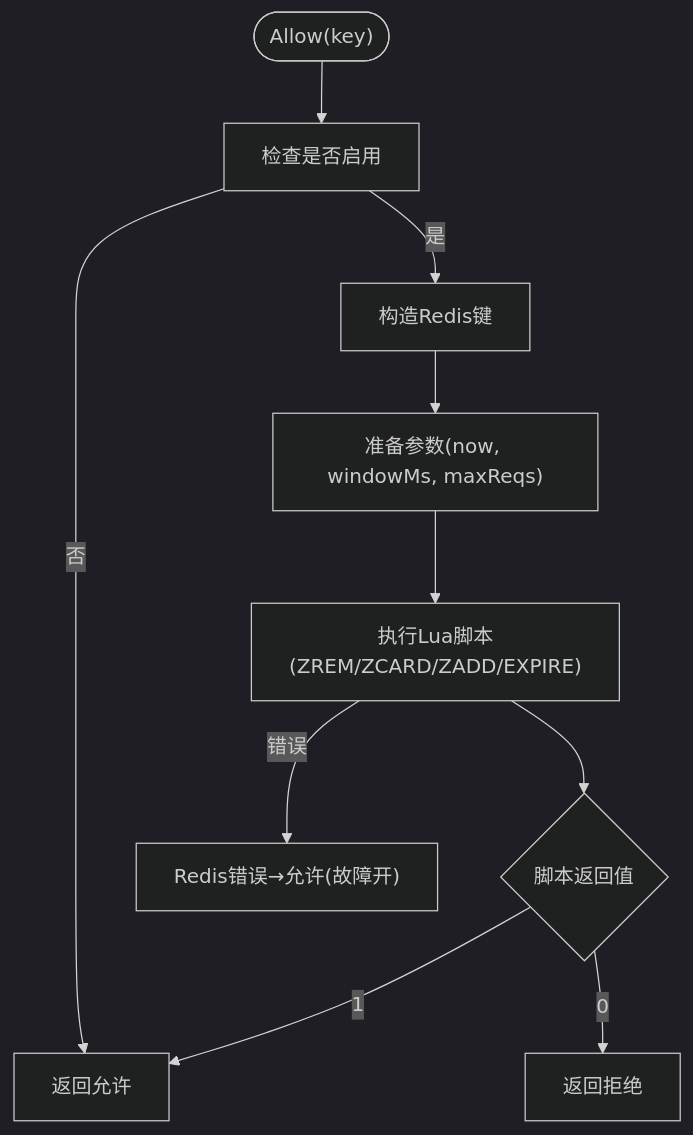
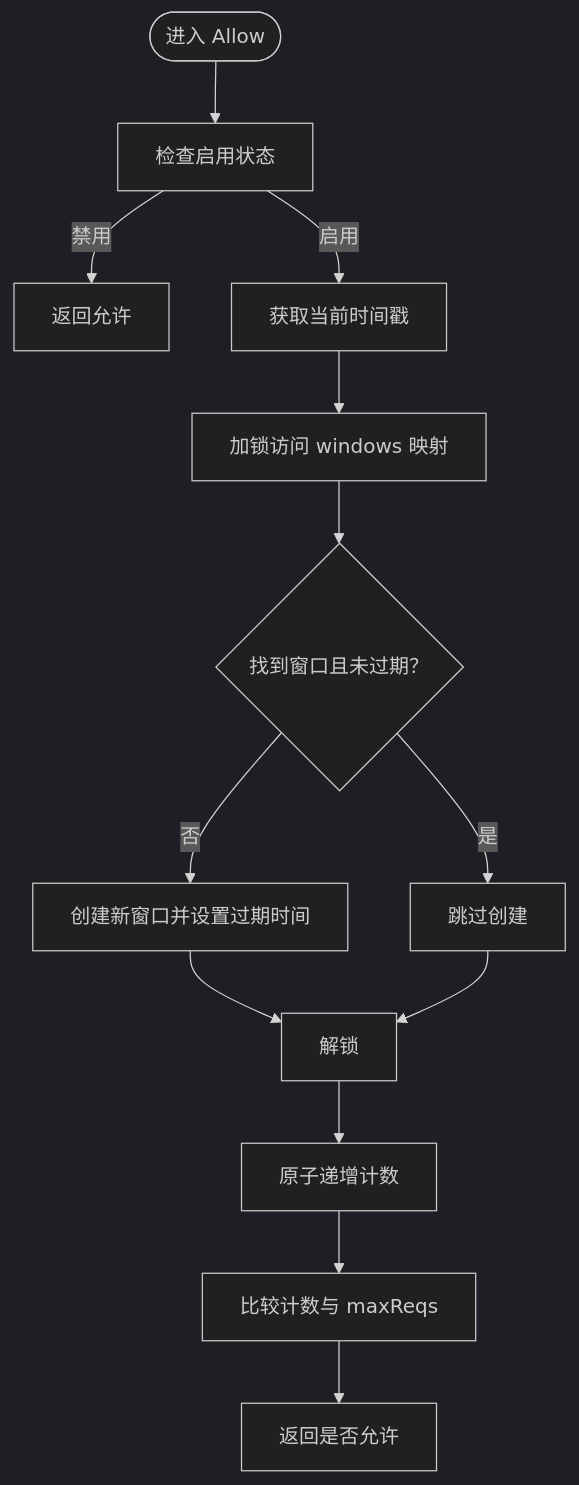
One commit to x01n/My-OpenWaf changed the third of 7 diagrams in docs/WAF 引擎系统/处理阶段详解/请求速率限制阶段.md. Above: the diagram before and after it, drawn with Mermaid (dark theme). The commit also changed other lines of this file and 199 other files, not shown here.

````diff
--- a/docs/WAF 引擎系统/处理阶段详解/请求速率限制阶段.md
+++ b/docs/WAF 引擎系统/处理阶段详解/请求速率限制阶段.md
@@ -177,12 +150,15 @@
 ```mermaid
 flowchart TD
-Start(["Allow(key)"]) --> CheckEnabled["检查是否启用"]
-CheckEnabled --> |否| Allow["返回允许"]
-CheckEnabled --> |是| BuildKey["构造Redis键"]
-BuildKey --> PrepareArgs["准备参数(now, windowMs, maxReqs)"]
-PrepareArgs --> ExecLua["执行Lua脚本(ZREM/ZCARD/ZADD/EXPIRE)"]
-ExecLua --> Result{"脚本返回值"}
-Result --> |1| Allow
-Result --> |0| Deny["返回拒绝"]
-ExecLua --> |错误| FailOpen["Redis错误→允许(故障开)"]
+Start(["进入 Allow"]) --> CheckEnabled["检查启用状态"]
+CheckEnabled --> |禁用| ReturnTrue["返回允许"]
+CheckEnabled --> |启用| GetTime["获取当前时间戳"]
+GetTime --> Lock["加锁访问 windows 映射"]
+Lock --> FindWin{"找到窗口且未过期？"}
+FindWin --> |否| CreateWin["创建新窗口并设置过期时间"]
+FindWin --> |是| SkipCreate["跳过创建"]
+CreateWin --> Unlock["解锁"]
+SkipCreate --> Unlock
+Unlock --> AtomicInc["原子递增计数"]
+AtomicInc --> Compare["比较计数与 maxReqs"]
+Compare --> ReturnBool["返回是否允许"]
 ```
````
